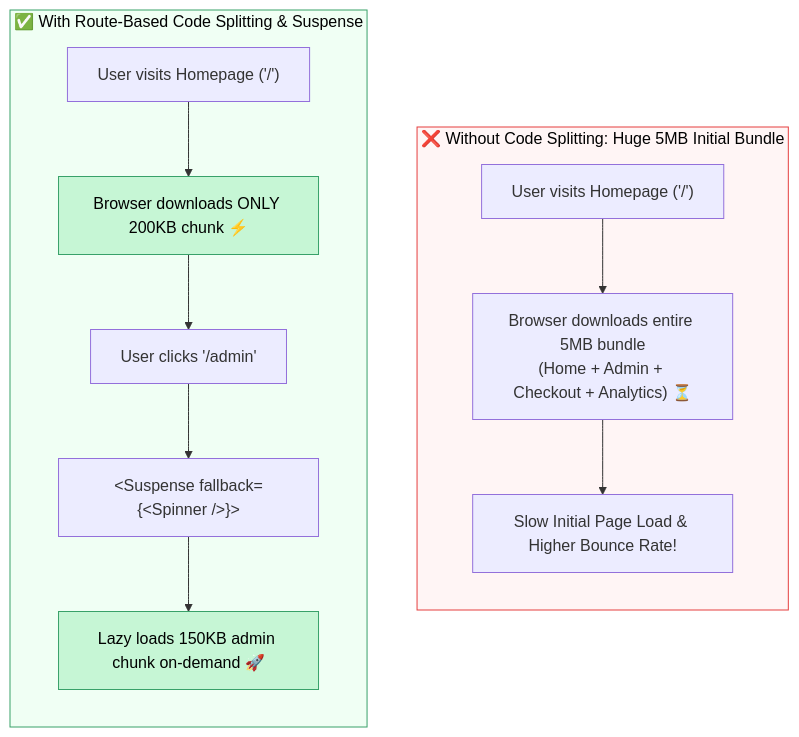
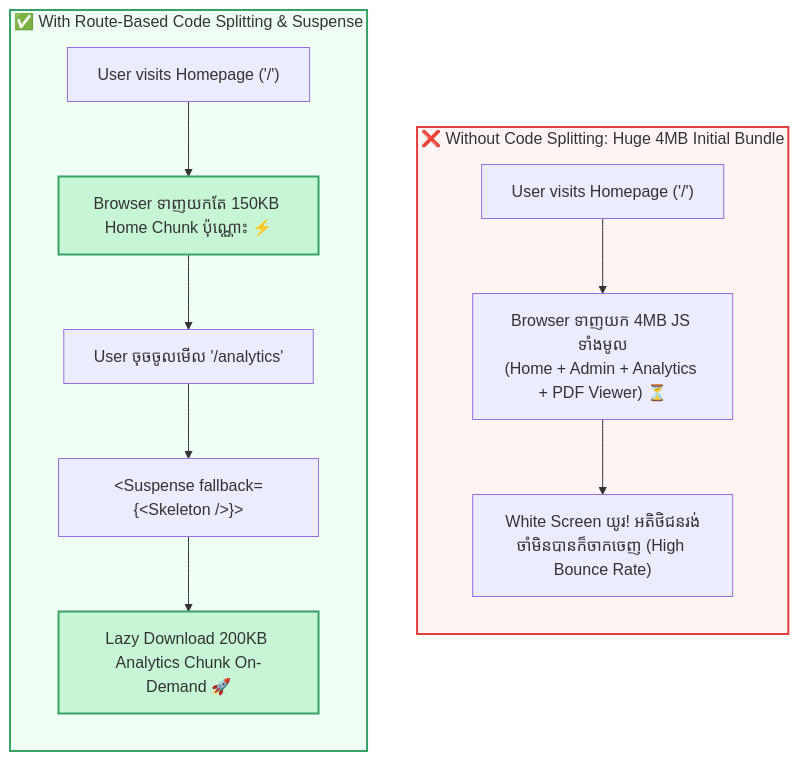
One commit to Ari-ICU/full-stack-short-coures changed the diagram in src/courses/react/module-8-performance-patterns/02-code-splitting-lazy.mdx. Above: the diagram before and after it, drawn with Mermaid. The commit also changed other lines of this file and 3 other files, not shown here.

````diff
--- a/src/courses/react/module-8-performance-patterns/02-code-splitting-lazy.mdx
+++ b/src/courses/react/module-8-performance-patterns/02-code-splitting-lazy.mdx
@@ -23,21 +45,21 @@
 ```mermaid
 flowchart TD
-    subgraph Monolithic["❌ Without Code Splitting: Huge 5MB Initial Bundle"]
+    subgraph Monolithic["❌ Without Code Splitting: Huge 4MB Initial Bundle"]
         direction TB
-        B1["User visits Homepage ('/')"] --> B2["Browser downloads entire 5MB bundle<br>(Home + Admin + Checkout + Analytics) ⏳"]
-        B2 --> B3["Slow Initial Page Load &amp; Higher Bounce Rate!"]
+        B1["User visits Homepage ('/')"] --> B2["Browser ទាញយក 4MB JS ទាំងមូល<br>(Home + Admin + Analytics + PDF Viewer) ⏳"]
+        B2 --> B3["White Screen យូរ! អតិថិជនរង់ចាំមិនបានក៏ចាកចេញ (High Bounce Rate)"]
     end
 
-    subgraph Splitting["✅ With Route-Based Code Splitting &amp; Suspense"]
+    subgraph Splitting["✅ With Route-Based Code Splitting & Suspense"]
         direction TB
-        S1["User visits Homepage ('/')"] --> S2["Browser downloads ONLY 200KB chunk ⚡"]
-        S2 --> S3["User clicks '/admin'"]
-        S3 --> S4["&lt;Suspense fallback={&lt;Spinner /&gt;}&gt;"]
-        S4 --> S5["Lazy loads 150KB admin chunk on-demand 🚀"]
+        S1["User visits Homepage ('/')"] --> S2["Browser ទាញយកតែ 150KB Home Chunk ប៉ុណ្ណោះ ⚡"]
+        S2 --> S3["User ចុចចូលមើល '/analytics'"]
+        S3 --> S4["&lt;Suspense fallback={&lt;Skeleton /&gt;}&gt;"]
+        S4 --> S5["Lazy Download 200KB Analytics Chunk On-Demand 🚀"]
     end
 
-    style Monolithic fill:#fff5f5,stroke:#e53e3e,color:#000
-    style Splitting fill:#f0fff4,stroke:#38a169,color:#000
-    style S2 fill:#c6f6d5,stroke:#38a169,color:#000
-    style S5 fill:#c6f6d5,stroke:#38a169,color:#000
+    style Monolithic fill:#fff5f5,stroke:#e53e3e,stroke-width:2px
+    style Splitting fill:#f0fff4,stroke:#38a169,stroke-width:2px
+    style S2 fill:#c6f6d5,stroke:#38a169,stroke-width:2px
+    style S5 fill:#c6f6d5,stroke:#38a169,stroke-width:2px
 ```
````
